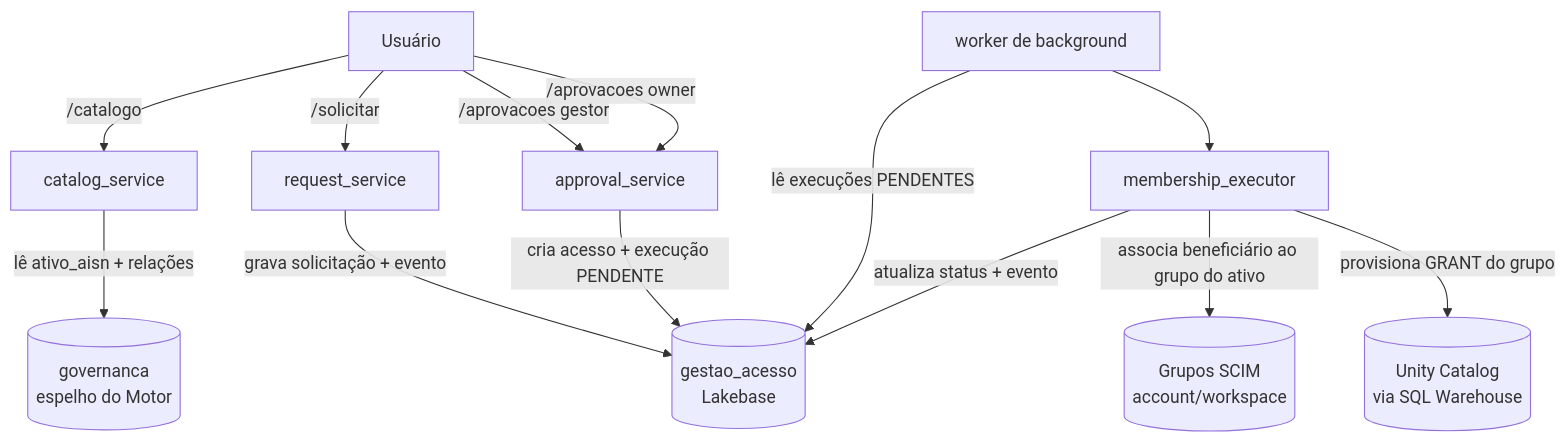
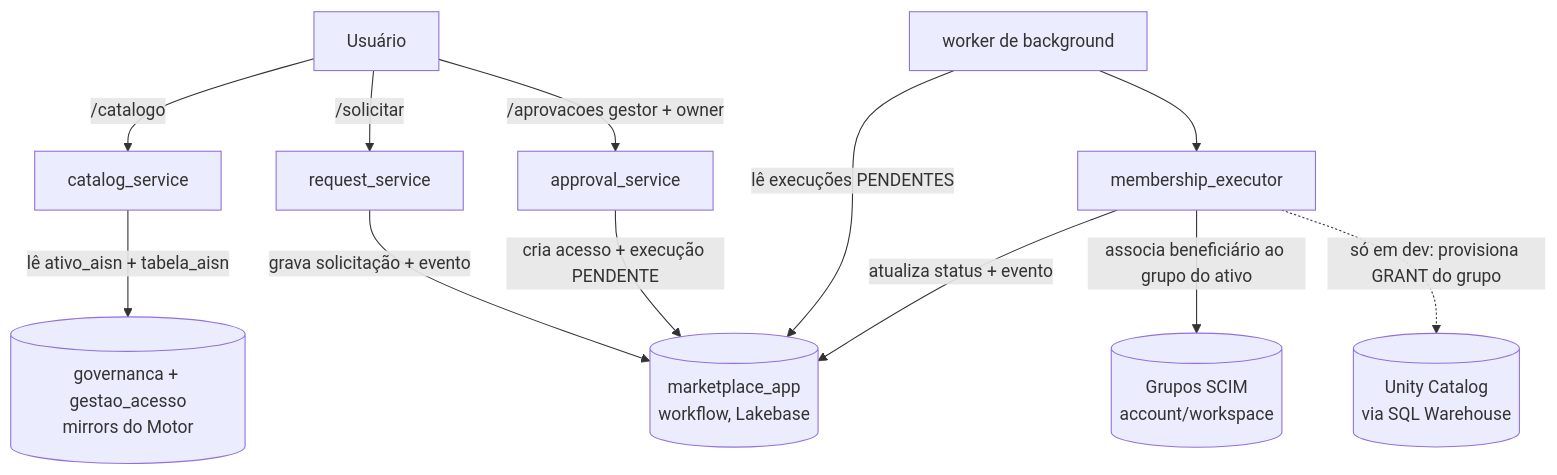
The diagram in docs/ARQUITETURA-APP.md (lfmed/marketplace-dados-sicoob), drawn with Mermaid before and after one commit. The commit also changed other lines of this file and 6 other files, not shown here.

````diff
--- a/docs/ARQUITETURA-APP.md
+++ b/docs/ARQUITETURA-APP.md
@@ -31,15 +35,14 @@
 ```mermaid
 flowchart TD
     U[Usuário] -->|/catalogo| CAT[catalog_service]
-    CAT -->|lê ativo_aisn + relações| GOV[(governanca<br/>espelho do Motor)]
+    CAT -->|lê ativo_aisn + tabela_aisn| GOVACC[(governanca + gestao_acesso<br/>mirrors do Motor)]
     U -->|/solicitar| REQ[request_service]
-    REQ -->|grava solicitação + evento| GA[(gestao_acesso<br/>Lakebase)]
-    U -->|/aprovacoes gestor| APR[approval_service]
-    U -->|/aprovacoes owner| APR
-    APR -->|cria acesso + execução PENDENTE| GA
-    W[worker de background] -->|lê execuções PENDENTES| GA
+    REQ -->|grava solicitação + evento| APPW[(marketplace_app<br/>workflow, Lakebase)]
+    U -->|/aprovacoes gestor + owner| APR[approval_service]
+    APR -->|cria acesso + execução PENDENTE| APPW
+    W[worker de background] -->|lê execuções PENDENTES| APPW
     W --> MEM[membership_executor]
     MEM -->|associa beneficiário ao grupo do ativo| SCIM[(Grupos SCIM<br/>account/workspace)]
-    MEM -->|provisiona GRANT do grupo| UC[(Unity Catalog<br/>via SQL Warehouse)]
-    MEM -->|atualiza status + evento| GA
+    MEM -.->|só em dev: provisiona GRANT do grupo| UC[(Unity Catalog<br/>via SQL Warehouse)]
+    MEM -->|atualiza status + evento| APPW
 ```
````
